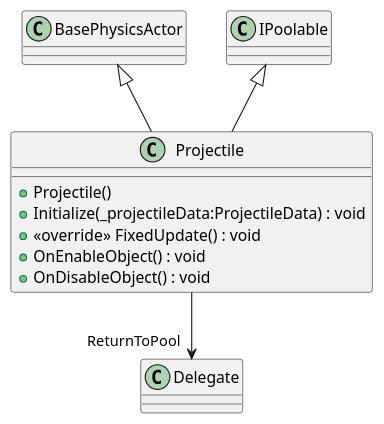
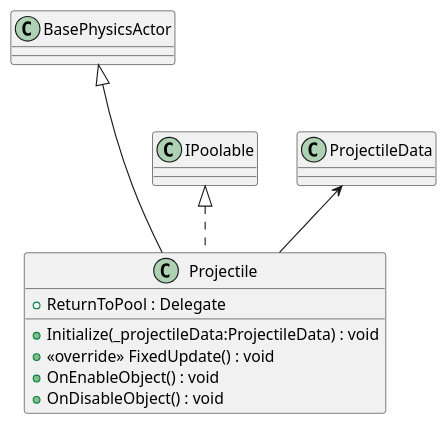
Before and after one commit to hiroshi-mcbride/kmgdev-game-arch2: the diagram in Assets/UML/Scripts/Weapon/Projectile/Projectile.puml, drawn with PlantUML. The commit also changed 30 other files, not shown here.

Commit message:
add IStateRunner fsm dependency. update uml

```diff
--- a/Assets/UML/Scripts/Weapon/Projectile/Projectile.puml
+++ b/Assets/UML/Scripts/Weapon/Projectile/Projectile.puml
@@ -1,12 +1,12 @@
 @startuml
 class Projectile {
-    + Projectile()
+    + ReturnToPool : Delegate
     + Initialize(_projectileData:ProjectileData) : void
     + <<override>> FixedUpdate() : void
     + OnEnableObject() : void
     + OnDisableObject() : void
 }
-BasePhysicsActor <|-- Projectile
-IPoolable <|-- Projectile
-Projectile --> "ReturnToPool" Delegate
+BasePhysicsActor <|--- Projectile
+IPoolable <|.. Projectile
+ProjectileData <-- Projectile
 @enduml
```
